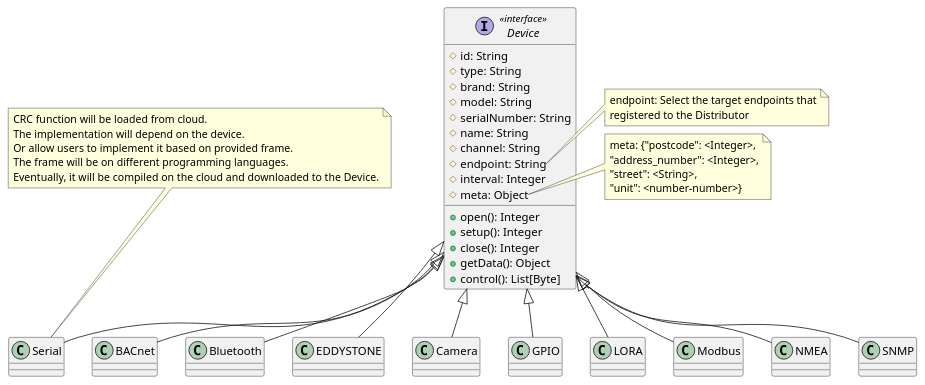
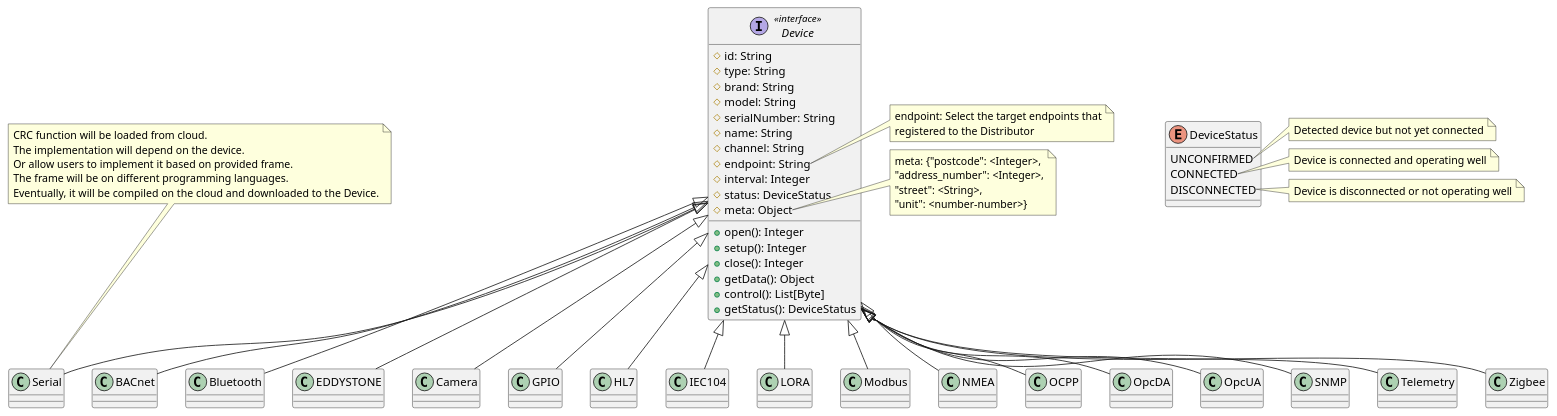
The diagram in docs/diagrams/src/Device-Class.plantuml (embed-coder/sensor-fusion), drawn with PlantUML before and after one commit.

Commit message:
add more description to Device class uml

```diff
--- a/docs/diagrams/src/Device-Class.plantuml
+++ b/docs/diagrams/src/Device-Class.plantuml
@@ -1,56 +1,80 @@
 @startuml Device-Class
 together {
+    enum DeviceStatus {
+        UNCONFIRMED
+        CONNECTED
+        DISCONNECTED
+    }
+    note right of DeviceStatus::UNCONFIRMED {
+        Detected device but not yet connected
+    }
+    note right of DeviceStatus::CONNECTED {
+        Device is connected and operating well
+    }
+    note right of DeviceStatus::DISCONNECTED {
+        Device is disconnected or not operating well
+    }
+
     interface Device <<interface>> {
         # id: String
         # type: String
         # brand: String
         # model: String
         # serialNumber: String
         # name: String
         # channel: String
         # endpoint: String
         # interval: Integer
+        # status: DeviceStatus
         # meta: Object
 
         + open(): Integer
         + setup(): Integer
         + close(): Integer
         + getData(): Object
         + control(): List[Byte]
+        + getStatus(): DeviceStatus
     }
     note right of Device::endpoint {
         endpoint: Select the target endpoints that
         registered to the Distributor
     }
     note right of Device::meta {
         meta: {"postcode": <Integer>,
         "address_number": <Integer>,
         "street": <String>,
         "unit": <number-number>}
     }
 
     Device <|-- BACnet
     Device <|-- Bluetooth
     Device <|-- EDDYSTONE
     Device <|-- Camera
     Device <|-- GPIO
+    Device <|-- HL7
+    Device <|-- IEC104                                                                                
     Device <|-- LORA
     Device <|-- Modbus
     Device <|-- NMEA
+    Device <|-- OCPP
+    Device <|-- OpcDA
+    Device <|-- OpcUA
     Device <|-- Serial
     note top of Serial {
         CRC function will be loaded from cloud.
         The implementation will depend on the device.
         Or allow users to implement it based on provided frame.
         The frame will be on different programming languages.
         Eventually, it will be compiled on the cloud and downloaded to the Device.
     }
     Device <|-- SNMP
+    Device <|-- Telemetry
+    Device <|-- Zigbee
 }
 
 together {
     
 }
 
 ' LORA -[hidden]-> EndPoint
 @enduml
```
